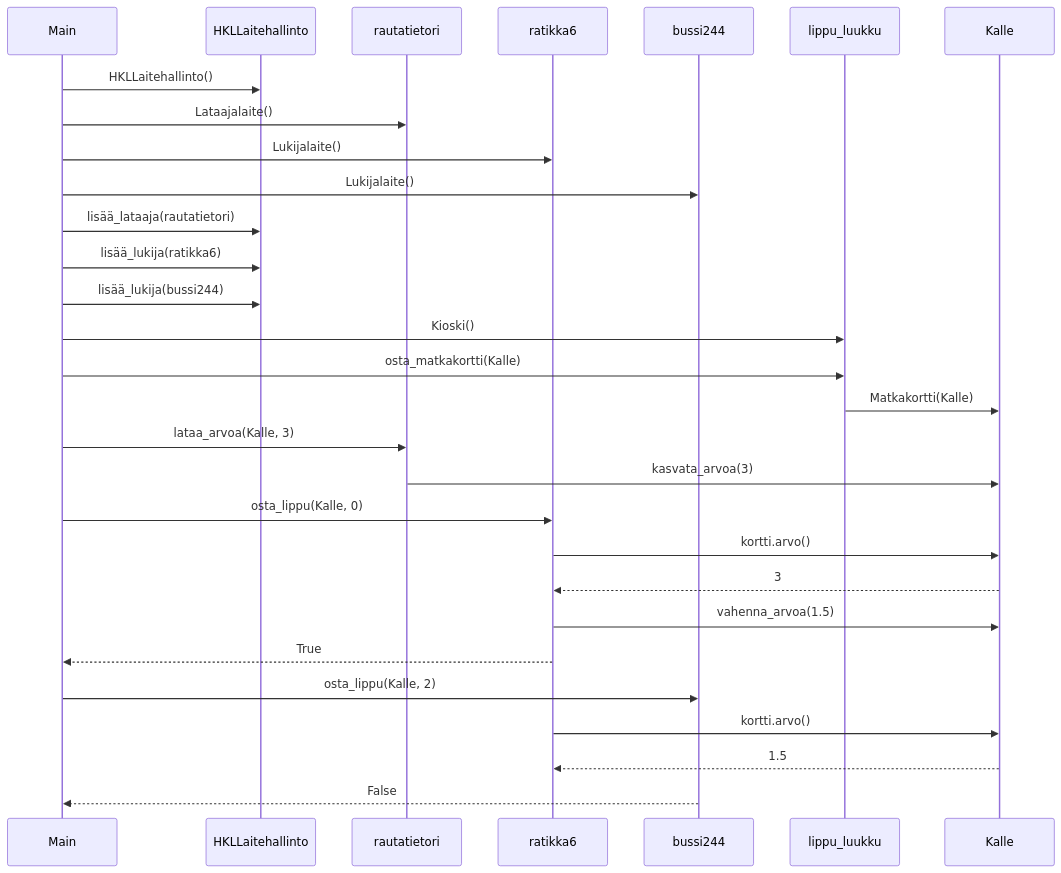
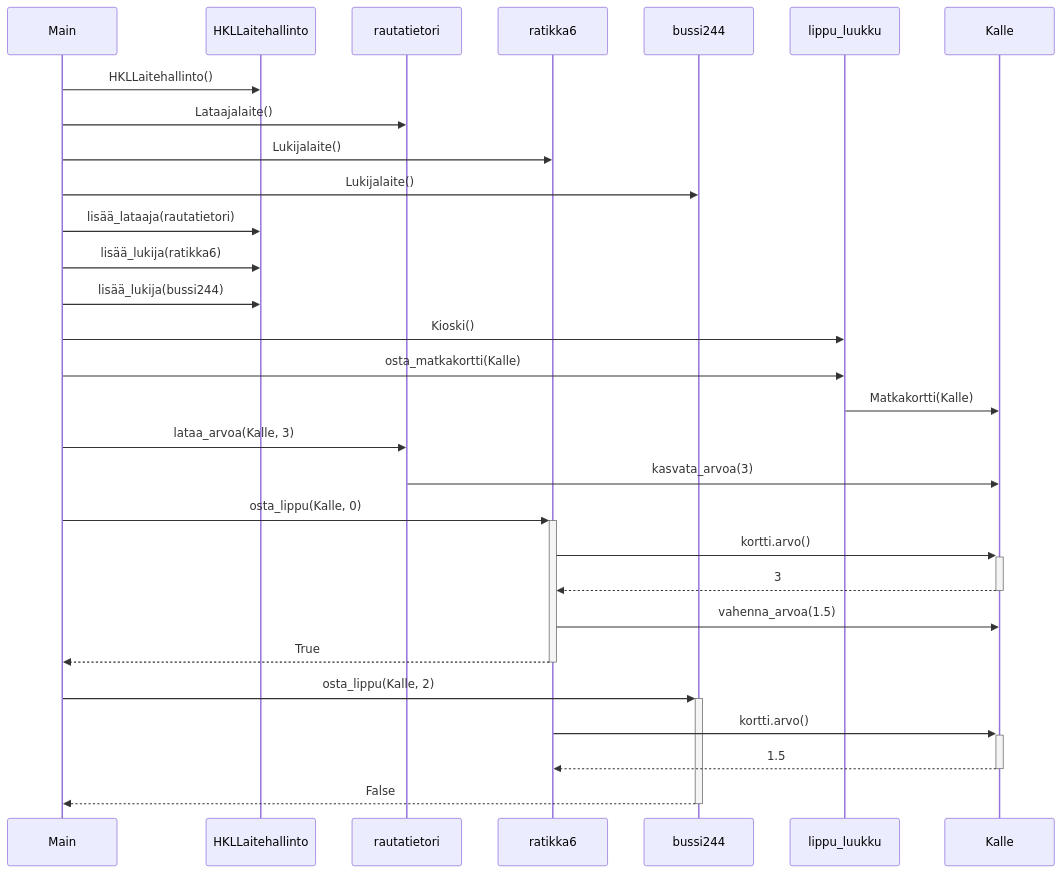
The diagram in laskarit/viikko3/HSL-matkakortti.md (Nanotiike/ot-harjoitustyo), drawn with Mermaid before and after one commit.

````diff
--- a/laskarit/viikko3/HSL-matkakortti.md
+++ b/laskarit/viikko3/HSL-matkakortti.md
@@ -1,31 +1,31 @@
 ```mermaid
 sequenceDiagram
     participant M as Main
     participant H as HKLLaitehallinto
     M ->> H: HKLLaitehallinto()
     participant R as rautatietori
     M ->> R: Lataajalaite()
     participant R6 as ratikka6
     M ->> R6: Lukijalaite()
     participant B as bussi244
     M ->> B: Lukijalaite()
     M ->> H: lisää_lataaja(rautatietori)
     M ->> H: lisää_lukija(ratikka6)
     M ->> H: lisää_lukija(bussi244)
     participant L as lippu_luukku
     M ->> L: Kioski()
     participant K as Kalle
     M ->> L: osta_matkakortti(Kalle)
     L ->> K: Matkakortti(Kalle)
     M ->> R: lataa_arvoa(Kalle, 3)
     R ->> K: kasvata_arvoa(3)
-    M ->> R6: osta_lippu(Kalle, 0)
-    R6 ->> K: kortti.arvo()
-    K -->> R6: 3
+    M ->>+ R6: osta_lippu(Kalle, 0)
+    R6 ->>+ K: kortti.arvo()
+    K -->>- R6: 3
     R6 ->> K: vahenna_arvoa(1.5)
-    R6 -->> M: True
-    M ->> B: osta_lippu(Kalle, 2)
-    R6 ->> K: kortti.arvo()
-    K -->> R6: 1.5
-    B -->> M: False
+    R6 -->>- M: True
+    M ->>+ B: osta_lippu(Kalle, 2)
+    R6 ->>+ K: kortti.arvo()
+    K -->>- R6: 1.5
+    B -->>- M: False
 ```
````
